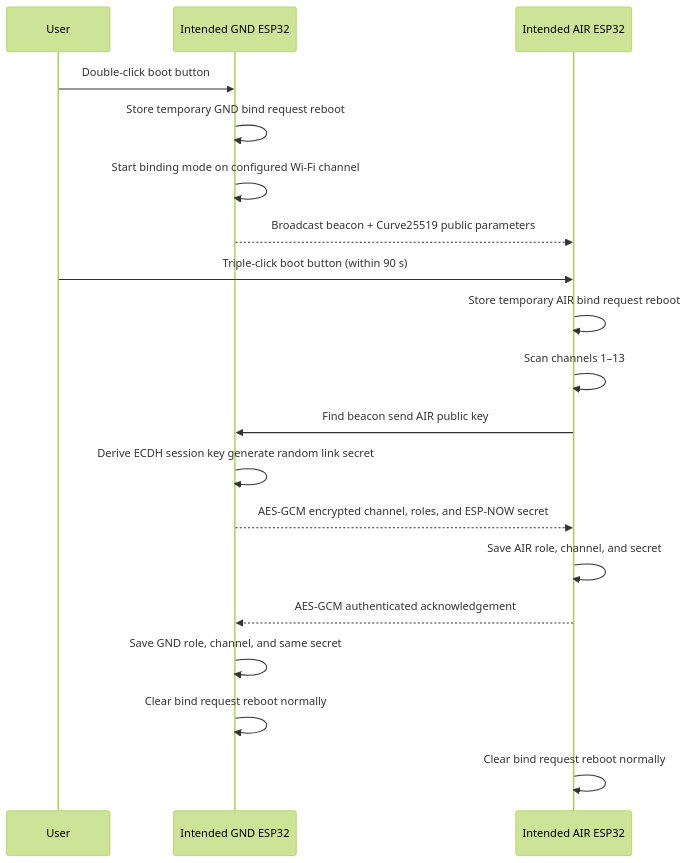
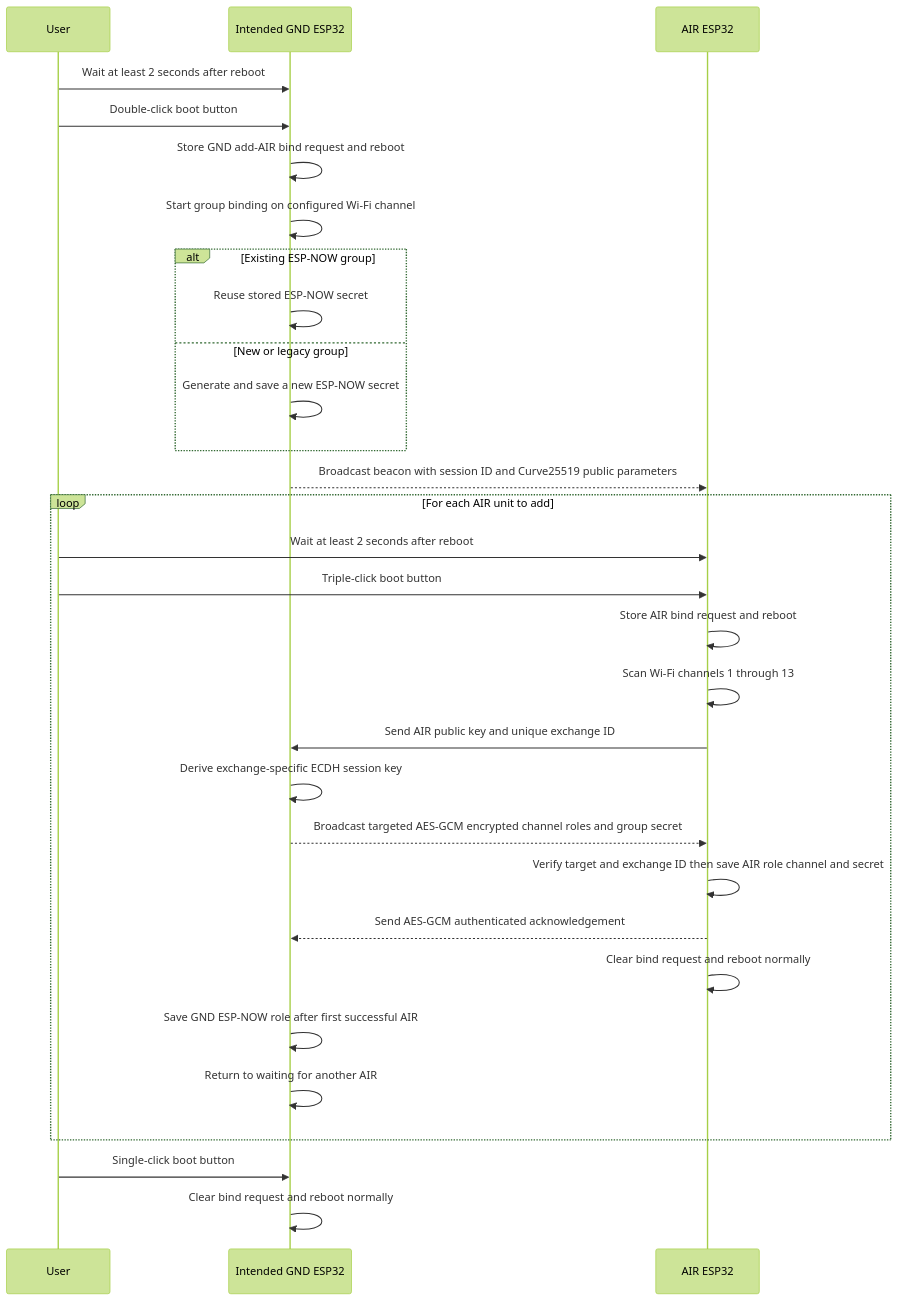
One commit to DroneBridge/Docs changed the diagram in dronebridge-for-esp32/developer-and-api-documentation/esp-now-protocol.md. Above: the diagram before and after it, drawn with Mermaid (forest theme). The commit also changed other lines of this file, not shown here.

Commit message:
GITBOOK-157: New ESP-NOW Bind Docs

````diff
--- a/dronebridge-for-esp32/developer-and-api-documentation/esp-now-protocol.md
+++ b/dronebridge-for-esp32/developer-and-api-documentation/esp-now-protocol.md
@@ -5,25 +5,39 @@
 ```mermaid
 sequenceDiagram
     participant U as User
     participant G as Intended GND ESP32
-    participant A as Intended AIR ESP32
+    participant A as AIR ESP32
 
+    U->>G: Wait at least 2 seconds after reboot
     U->>G: Double-click boot button
-    G->>G: Store temporary GND bind request reboot
-    G->>G: Start binding mode on configured Wi-Fi channel
-    G-->>A: Broadcast beacon + Curve25519 public parameters
+    G->>G: Store GND add-AIR bind request and reboot
+    G->>G: Start group binding on configured Wi-Fi channel
 
-    U->>A: Triple-click boot button (within 90 s)
-    A->>A: Store temporary AIR bind request reboot
-    A->>A: Scan channels 1–13
-    A->>G: Find beacon send AIR public key
+    alt Existing ESP-NOW group
+        G->>G: Reuse stored ESP-NOW secret
+    else New or legacy group
+        G->>G: Generate and save a new ESP-NOW secret
+    end
 
-    G->>G: Derive ECDH session key generate random link secret
-    G-->>A: AES-GCM encrypted channel, roles, and ESP-NOW secret
-    A->>A: Save AIR role, channel, and secret
-    A-->>G: AES-GCM authenticated acknowledgement
-    G->>G: Save GND role, channel, and same secret
+    G-->>A: Broadcast beacon with session ID and Curve25519 public parameters
 
-    G->>G: Clear bind request reboot normally
-    A->>A: Clear bind request reboot normally
+    loop For each AIR unit to add
+        U->>A: Wait at least 2 seconds after reboot
+        U->>A: Triple-click boot button
+        A->>A: Store AIR bind request and reboot
+        A->>A: Scan Wi-Fi channels 1 through 13
+        A->>G: Send AIR public key and unique exchange ID
+
+        G->>G: Derive exchange-specific ECDH session key
+        G-->>A: Broadcast targeted AES-GCM encrypted channel roles and group secret
+        A->>A: Verify target and exchange ID then save AIR role channel and secret
+        A-->>G: Send AES-GCM authenticated acknowledgement
+        A->>A: Clear bind request and reboot normally
+        G->>G: Save GND ESP-NOW role after first successful AIR
+        G->>G: Return to waiting for another AIR
+    end
+
+    U->>G: Single-click boot button
+    G->>G: Clear bind request and reboot normally
+
 ```
````
